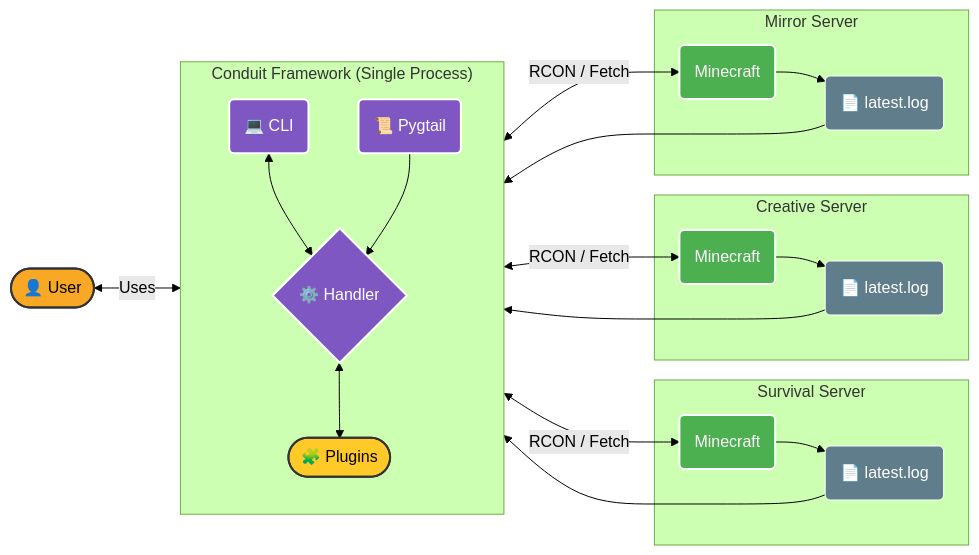
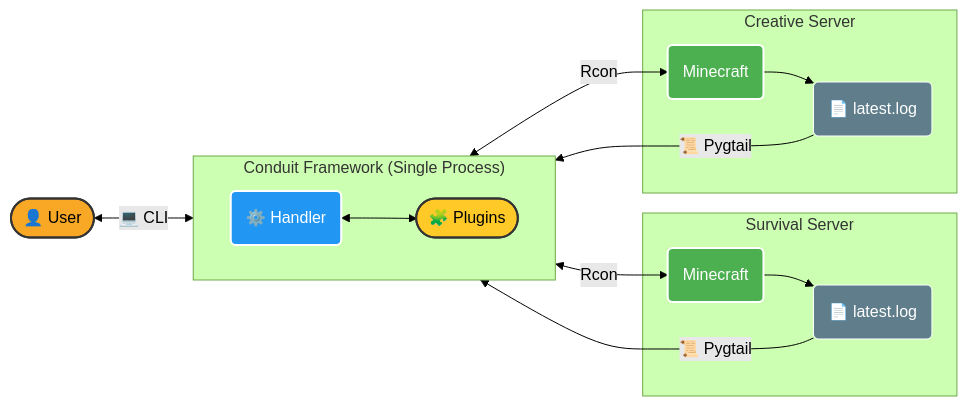
Before and after one commit to 1attila/test: the first of 2 diagrams in README.md, drawn with Mermaid (forest theme). The commit also changed other lines of this file, not shown here.

````diff
--- a/README.md
+++ b/README.md
@@ -71,53 +71,41 @@
 ```mermaid
 flowchart LR
     %% Colors and Styles
     classDef user fill:#f9a826,stroke:#333,stroke-width:2px,color:#000;
-    classDef conduit fill:#7e57c2,stroke:#fff,stroke-width:2px,color:#fff;
+    classDef conduit fill:#2196f3,stroke:#fff,stroke-width:2px,color:#fff;
     classDef plugin fill:#ffca28,stroke:#333,stroke-width:2px,color:#000;
     classDef mc fill:#4caf50,stroke:#fff,stroke-width:2px,color:#fff;
     classDef log fill:#607d8b,stroke:#fff,stroke-width:1px,color:#fff;
 
     U([👤 User]):::user
 
     subgraph ConduitSystem["Conduit Framework (Single Process)"]
-        direction TB
-        CLI(💻 CLI):::conduit
-        Handler{⚙️ Handler}:::conduit
+        direction LR
+        Handler(⚙️ Handler):::conduit
         Plug([🧩 Plugins]):::plugin
-        Tail(📜 Pygtail):::conduit
     end
 
     %% User Interaction
-    U <-->|Uses| CLI
-    CLI <--> Handler
+    U <-->|💻 CLI| Handler
     Handler <--> Plug
-    Tail --> Handler
 
     %% Servers
     subgraph S1["Survival Server"]
         MC1(Minecraft):::mc
         L1(📄 latest.log):::log
         MC1 --> L1
     end
 
     subgraph S2 ["Creative Server"]
         MC2(Minecraft):::mc
         L2(📄 latest.log):::log
         MC2 --> L2
     end
 
-    subgraph S3 ["Mirror Server"]
-        MC3(Minecraft):::mc
-        L3(📄 latest.log):::log
-        MC3 --> L3
-    end
+    %% Connections
+    L1 --> |📜 Pygtail| Handler
+    L2 --> |📜 Pygtail| Handler
 
-    %% Connections
-    L1 --> Tail
-    L2 --> Tail
-    L3 --> Tail
-
-    Handler <-->|RCON / Fetch| MC1
-    Handler <-->|RCON / Fetch| MC2
-    Handler <-->|RCON / Fetch| MC3
+    Handler <-->|Rcon| MC1
+    Handler <-->|Rcon| MC2
 ```
````
